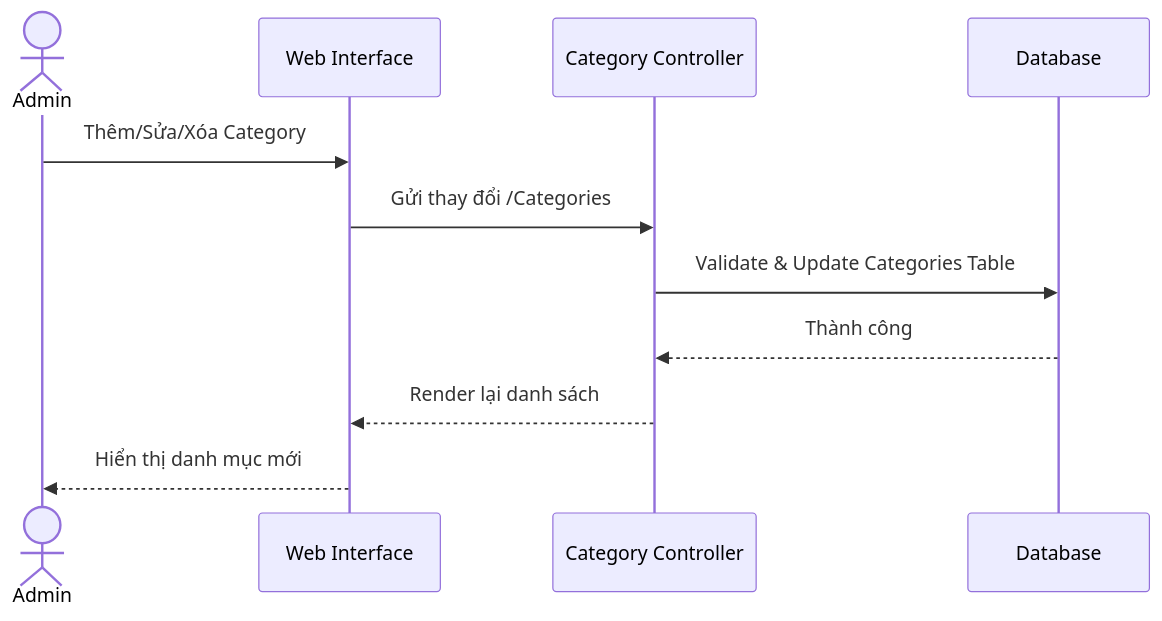
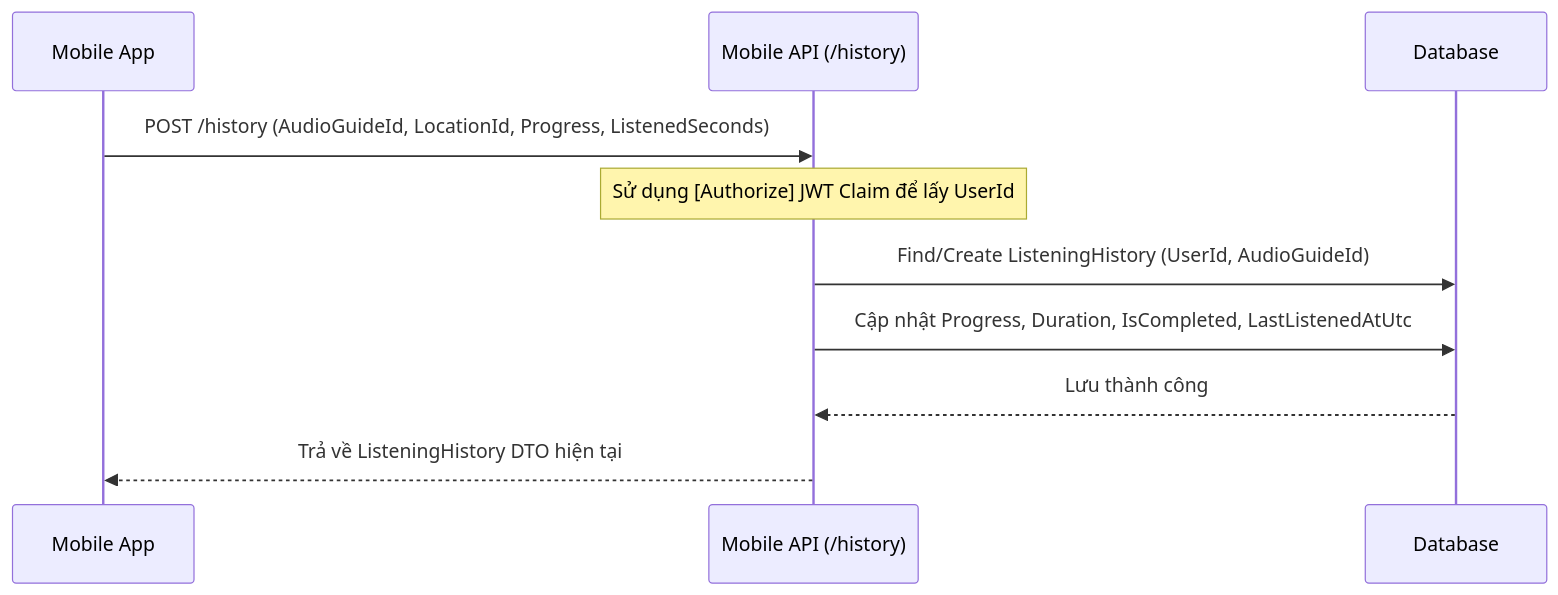
The sixth of 11 diagrams in system_sequence_diagrams.md (CuongNguyen-0712/AudioLife), drawn with Mermaid before and after one commit. The commit also changed other lines of this file and 392 other files, not shown here.

````diff
--- a/system_sequence_diagrams.md
+++ b/system_sequence_diagrams.md
@@ -95,14 +139,13 @@
 ```mermaid
 sequenceDiagram
-    actor Admin
-    participant Web as Web Interface
-    participant CatCtrl as Category Controller
+    participant Mobile as Mobile App
+    participant API as Mobile API (/history)
     participant DB as Database
     
-    Admin->>Web: Thêm/Sửa/Xóa Category
-    Web->>CatCtrl: Gửi thay đổi /Categories
-    CatCtrl->>DB: Validate & Update Categories Table
-    DB-->>CatCtrl: Thành công
-    CatCtrl-->>Web: Render lại danh sách
-    Web-->>Admin: Hiển thị danh mục mới
+    Mobile->>API: POST /history (AudioGuideId, LocationId, Progress, ListenedSeconds)
+    Note over API: Sử dụng [Authorize] JWT Claim để lấy UserId
+    API->>DB: Find/Create ListeningHistory (UserId, AudioGuideId)
+    API->>DB: Cập nhật Progress, Duration, IsCompleted, LastListenedAtUtc
+    DB-->>API: Lưu thành công
+    API-->>Mobile: Trả về ListeningHistory DTO hiện tại
 ```
````
